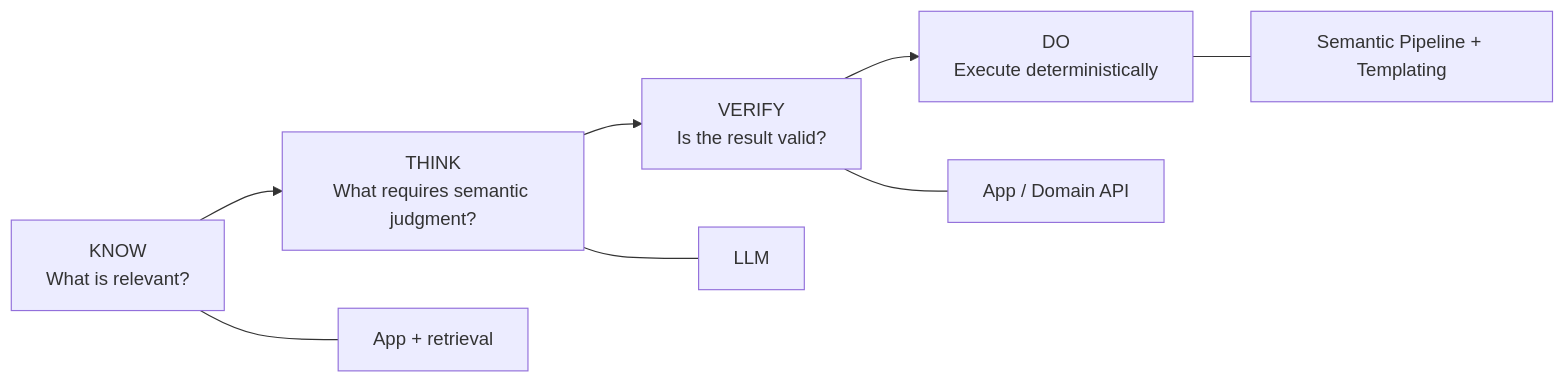
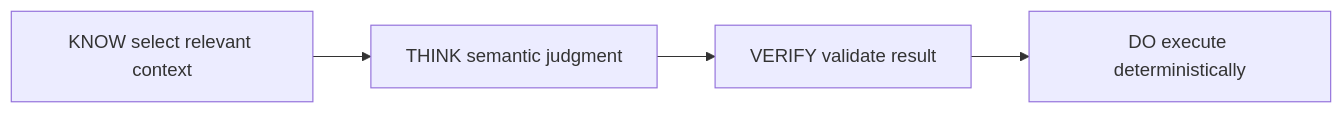
One commit to Augmentedjs/llm_efficiency changed the eighth of 8 diagrams in README.md. Above: the diagram before and after it, drawn with Mermaid. The commit also changed other lines of this file, not shown here.

Commit message:
Clean README and fix GitHub Mermaid rendering

````diff
--- a/README.md
+++ b/README.md
@@ -508,11 +363,6 @@
 ```mermaid
-flowchart LR
-    A["KNOW<br/>What is relevant?"] --> B["THINK<br/>What requires semantic judgment?"]
-    B --> C["VERIFY<br/>Is the result valid?"]
-    C --> D["DO<br/>Execute deterministically"]
-
-    A --- A1["App + retrieval"]
-    B --- B1["LLM"]
-    C --- C1["App / Domain API"]
-    D --- D1["Semantic Pipeline + Templating"]
+graph LR;
+    A[KNOW select relevant context] --> B[THINK semantic judgment];
+    B --> C[VERIFY validate result];
+    C --> D[DO execute deterministically];
 ```
````
